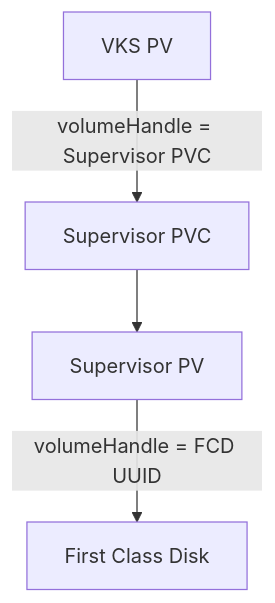
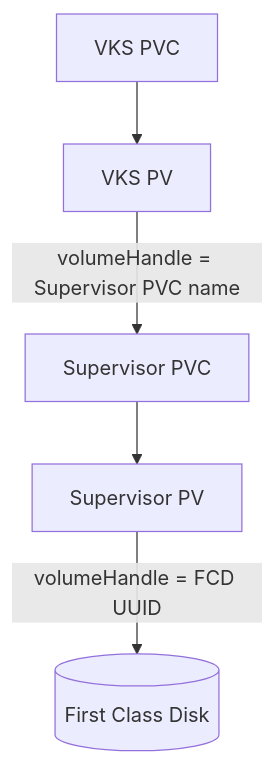
The fourth of 4 diagrams in VKS-Migrations/README.md (vmware/vks-validated-solutions), drawn with Mermaid before and after one commit. The commit also changed other lines of this file and 16 other files, not shown here.

````diff
--- a/VKS-Migrations/README.md
+++ b/VKS-Migrations/README.md
@@ -128,11 +105,13 @@
 ```mermaid
 flowchart TD
+    VPVC["VKS PVC"]
     VPV["VKS PV"]
     SPVC["Supervisor PVC"]
     SPV["Supervisor PV"]
-    FCD["First Class Disk"]
+    FCD[("First Class Disk")]
 
-    VPV -->|"volumeHandle = Supervisor PVC"| SPVC
+    VPVC --> VPV
+    VPV -->|"volumeHandle = Supervisor PVC name"| SPVC
     SPVC --> SPV
     SPV -->|"volumeHandle = FCD UUID"| FCD
 ```
````
